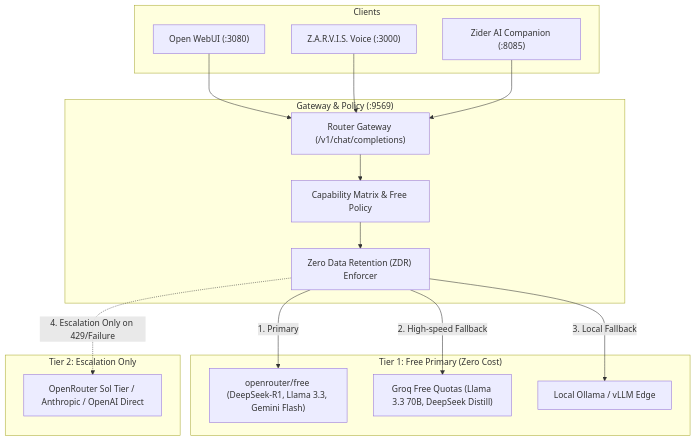
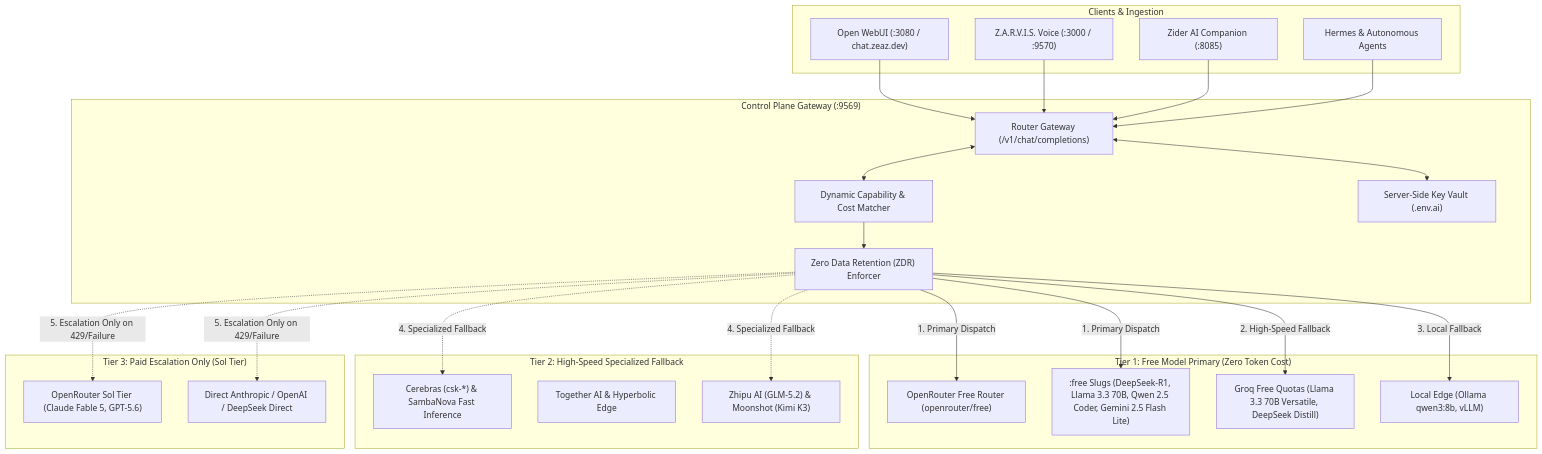
Before and after one commit to cvsz/zWorkforce: the diagram in planning/planning-implementation-router.md, drawn with Mermaid. The commit also changed other lines of this file, not shown here.

Commit message:
docs(router): update planning-implementation-router with authoritative .env.ai model matrix

````diff
--- a/planning/planning-implementation-router.md
+++ b/planning/planning-implementation-router.md
@@ -13,35 +13,52 @@
 ```mermaid
 graph TD
-    subgraph "Clients"
-        WEBUI["Open WebUI (:3080)"]
-        ZARVIS_VOICE["Z.A.R.V.I.S. Voice (:3000)"]
+    subgraph "Clients & Ingestion"
+        WEBUI["Open WebUI (:3080 / chat.zeaz.dev)"]
+        ZARVIS_VOICE["Z.A.R.V.I.S. Voice (:3000 / :9570)"]
         ZIDER["Zider AI Companion (:8085)"]
+        AGENT_RUNTIME["Hermes & Autonomous Agents"]
     end
 
-    subgraph "Gateway & Policy (:9569)"
+    subgraph "Control Plane Gateway (:9569)"
         ROUTER["Router Gateway (/v1/chat/completions)"]
-        CAP_MATCHER["Capability Matrix & Free Policy"]
+        CAP_MATCHER["Dynamic Capability & Cost Matcher"]
+        VAULT["Server-Side Key Vault (.env.ai)"]
         ZDR_ENGINE["Zero Data Retention (ZDR) Enforcer"]
     end
 
-    subgraph "Tier 1: Free Primary (Zero Cost)"
-        OR_FREE["openrouter/free (DeepSeek-R1, Llama 3.3, Gemini Flash)"]
-        GROQ_FREE["Groq Free Quotas (Llama 3.3 70B, DeepSeek Distill)"]
-        LOCAL["Local Ollama / vLLM Edge"]
+    subgraph "Tier 1: Free Model Primary (Zero Token Cost)"
+        OR_FREE["OpenRouter Free Router (openrouter/free)"]
+        FREE_VARIANTS[":free Slugs (DeepSeek-R1, Llama 3.3 70B, Qwen 2.5 Coder, Gemini 2.5 Flash Lite)"]
+        GROQ_FREE["Groq Free Quotas (Llama 3.3 70B Versatile, DeepSeek Distill)"]
+        LOCAL_EDGE["Local Edge (Ollama qwen3:8b, vLLM)"]
     end
 
-    subgraph "Tier 2: Escalation Only"
-        PAID_SOL["OpenRouter Sol Tier / Anthropic / OpenAI Direct"]
+    subgraph "Tier 2: High-Speed Specialized Fallback"
+        CEREBRAS["Cerebras (csk-*) & SambaNova Fast Inference"]
+        TOGETHER["Together AI & Hyperbolic Edge"]
+        ZAI["Zhipu AI (GLM-5.2) & Moonshot (Kimi K3)"]
+    end
+
+    subgraph "Tier 3: Paid Escalation Only (Sol Tier)"
+        PAID_OR["OpenRouter Sol Tier (Claude Fable 5, GPT-5.6)"]
+        DIRECT_CLOUD["Direct Anthropic / OpenAI / DeepSeek Direct"]
     end
 
     WEBUI --> ROUTER
     ZARVIS_VOICE --> ROUTER
     ZIDER --> ROUTER
+    AGENT_RUNTIME --> ROUTER
 
-    ROUTER --> CAP_MATCHER
+    ROUTER <--> CAP_MATCHER
+    ROUTER <--> VAULT
     CAP_MATCHER --> ZDR_ENGINE
-    ZDR_ENGINE -->|1. Primary| OR_FREE
-    ZDR_ENGINE -->|2. High-speed Fallback| GROQ_FREE
-    ZDR_ENGINE -->|3. Local Fallback| LOCAL
-    ZDR_ENGINE -.->|4. Escalation Only on 429/Failure| PAID_SOL
+
+    ZDR_ENGINE -->|1. Primary Dispatch| OR_FREE
+    ZDR_ENGINE -->|1. Primary Dispatch| FREE_VARIANTS
+    ZDR_ENGINE -->|2. High-Speed Fallback| GROQ_FREE
+    ZDR_ENGINE -->|3. Local Fallback| LOCAL_EDGE
+    ZDR_ENGINE -.->|4. Specialized Fallback| CEREBRAS
+    ZDR_ENGINE -.->|4. Specialized Fallback| ZAI
+    ZDR_ENGINE -.->|5. Escalation Only on 429/Failure| PAID_OR
+    ZDR_ENGINE -.->|5. Escalation Only on 429/Failure| DIRECT_CLOUD
 ```
````
